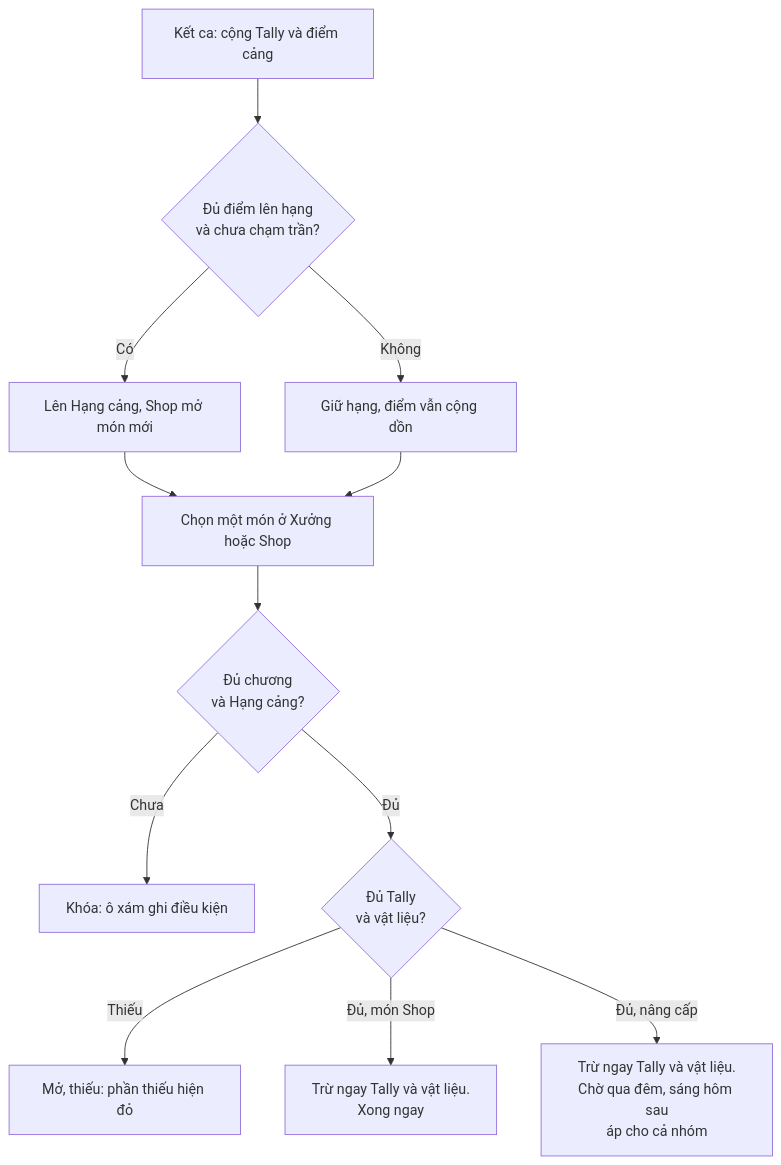
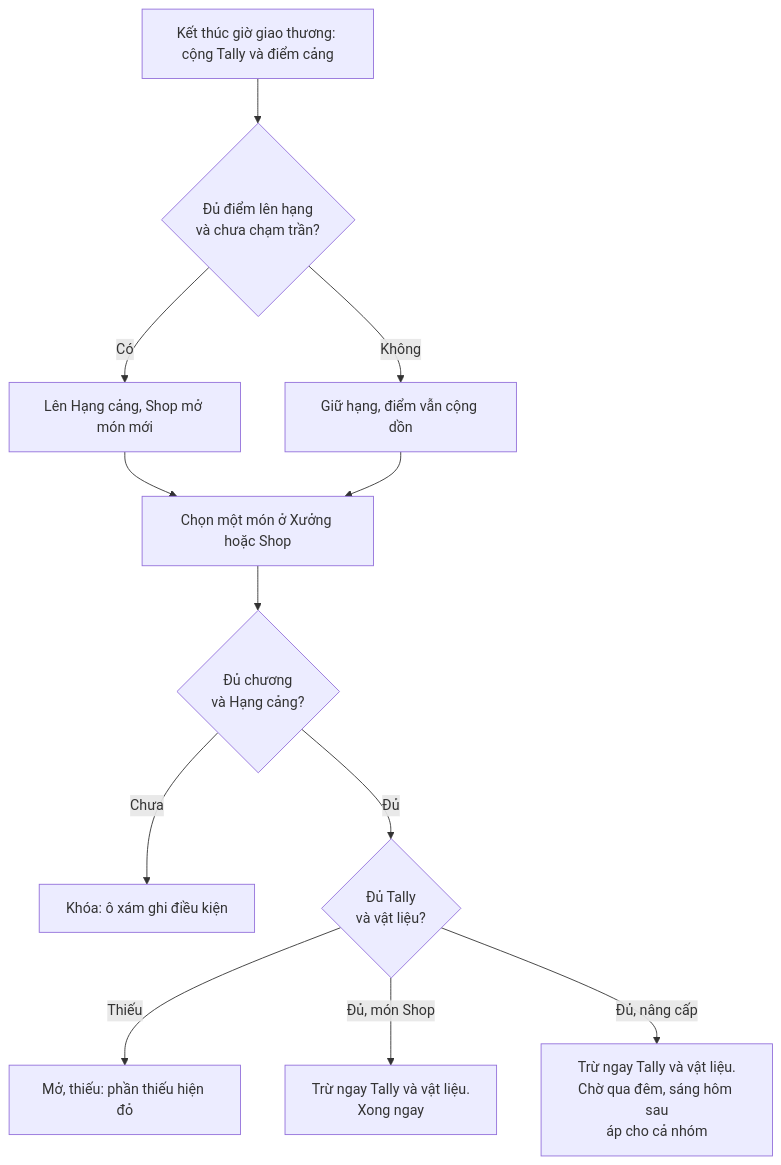
Before and after one commit to huycv18/DATN-SP27: the diagram in projects/game-moi/book/phan-2/07-kinh-te-tien-trinh.md, drawn with Mermaid. The commit also changed other lines of this file and 81 other files, not shown here.

Commit message:
Đổi tên ca cảng thành Giờ Giao Thương (Trade Hour): GDD, Book, TSV 25 tab, strings, sim, tool, prompt agent. Đếm là lượt giao thương, nút Mở bán, Nghỉ bán, màn Tổng kết giao thương. Luật và số giữ nguyên, sim kinh tế chạy lại không đổi số

````diff
--- a/projects/game-moi/book/phan-2/07-kinh-te-tien-trinh.md
+++ b/projects/game-moi/book/phan-2/07-kinh-te-tien-trinh.md
@@ -172,14 +172,14 @@
 ```mermaid
 flowchart TD
-  A["Kết ca: cộng Tally và điểm cảng"] --> B{"Đủ điểm lên hạng<br/>và chưa chạm trần?"}
+  A["Kết thúc giờ giao thương: cộng Tally và điểm cảng"] --> B{"Đủ điểm lên hạng<br/>và chưa chạm trần?"}
   B -->|Có| C["Lên Hạng cảng, Shop mở món mới"]
   B -->|Không| D["Giữ hạng, điểm vẫn cộng dồn"]
   C --> E["Chọn một món ở Xưởng hoặc Shop"]
   D --> E
   E --> F{"Đủ chương<br/>và Hạng cảng?"}
   F -->|Chưa| G["Khóa: ô xám ghi điều kiện"]
   F -->|Đủ| H{"Đủ Tally<br/>và vật liệu?"}
   H -->|Thiếu| I["Mở, thiếu: phần thiếu hiện đỏ"]
   H -->|Đủ, món Shop| L["Trừ ngay Tally và vật liệu.<br/>Xong ngay"]
   H -->|Đủ, nâng cấp| M["Trừ ngay Tally và vật liệu.<br/>Chờ qua đêm, sáng hôm sau<br/>áp cho cả nhóm"]
 ```
````
